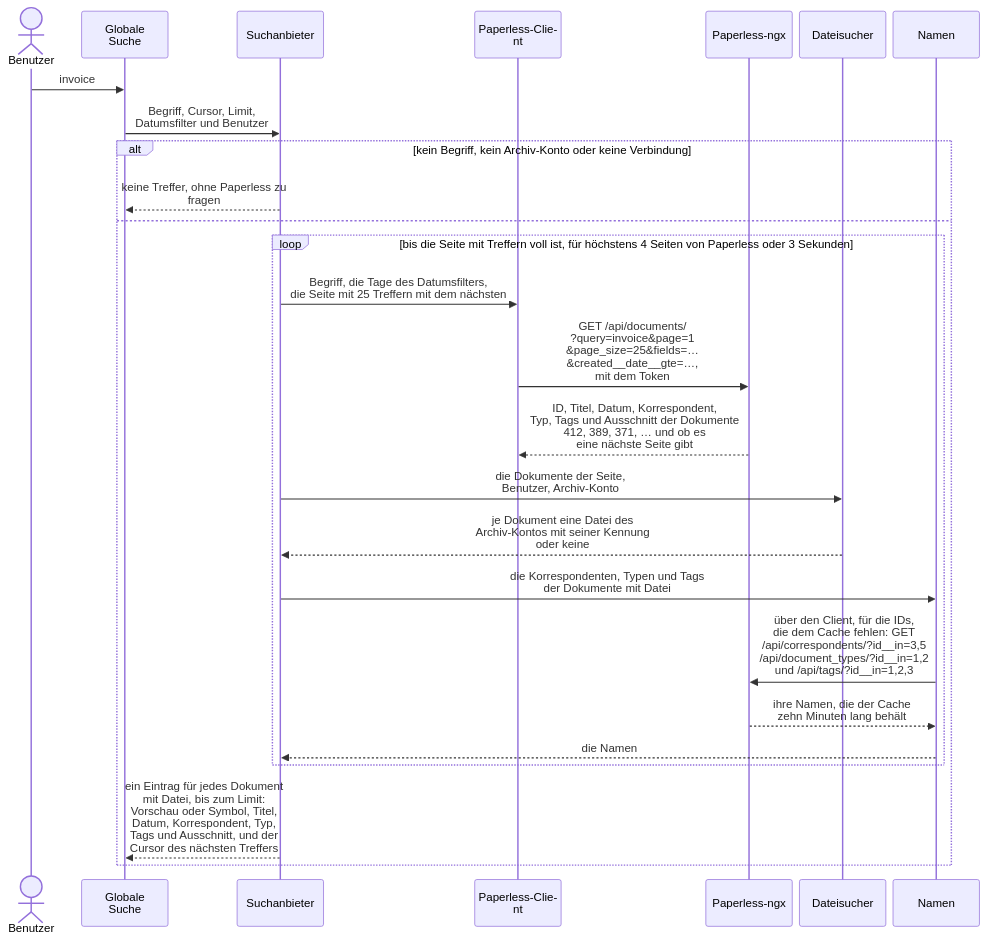
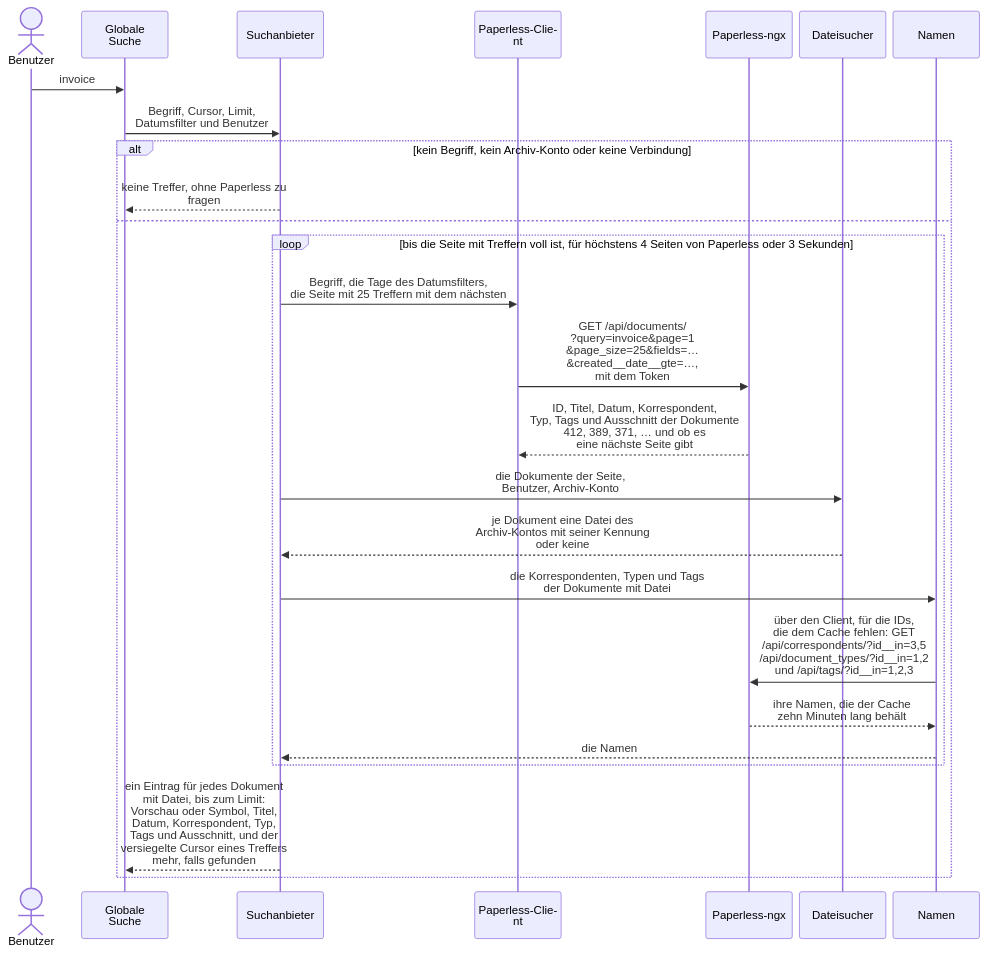
One commit to Dennis-Otto/paperless-unified-search changed the diagram in docs/diagrams/the-data-flow-of-a-search.de.mmd. Above: the diagram before and after it, drawn with Mermaid. The commit also changed 28 other files, not shown here.

First line of the commit message:
fix(search): page on only to a result that the user may open, with a sealed cursor (#420)

```diff
--- a/docs/diagrams/the-data-flow-of-a-search.de.mmd
+++ b/docs/diagrams/the-data-flow-of-a-search.de.mmd
@@ -1,36 +1,36 @@
 ---
 config:
   sequence:
     wrap: true
     width: 120
     actorMargin: 10
 ---
 sequenceDiagram
     accTitle: Der Datenfluss einer Suche
-    accDescr: Ein Benutzer sucht nach invoice. Die globale Suche gibt den Begriff, den Cursor, das Limit, den Datumsfilter und den Benutzer an den Suchanbieter. Ohne Begriff, Archiv-Konto oder Verbindung antwortet der Anbieter ohne Treffer und fragt Paperless nicht. Sonst fragt der Paperless-Client, bis die Seite mit Treffern voll ist, Paperless-ngx mit dem Token nach der Seite mit 25 Treffern, die den nächsten Treffer enthält, innerhalb der Tage des Datumsfilters und nur nach den Feldern, die ein Treffer zeigt, und Paperless antwortet mit der ID, dem Titel, dem Datum, den IDs des Korrespondenten, des Typs und der Tags und dem Ausschnitt der Dokumente 412, 389, 371 und weiterer und damit, ob es eine nächste Seite gibt. Ein Aufruf des Dateisuchers deckt alle Dokumente dieser Seite ab und liefert für jedes eine Datei des Archiv-Kontos mit seiner Kennung oder keine. Für die Dokumente mit Datei fragen die Namen Paperless über den Client nach den Korrespondenten, den Typen und den Tags, die der Cache nicht enthält, mit einer Anfrage je Art, und behalten ihre Namen zehn Minuten lang. Das wiederholt sich für höchstens 4 Seiten von Paperless oder 3 Sekunden. Der Anbieter antwortet mit einem Eintrag für jedes Dokument mit Datei, bis zum Limit, mit der Vorschau der Datei oder dem Symbol ihres Typs, dem Titel, dem Datum in der Sprache des Benutzers, dem Korrespondenten, dem Typ und dem Ausschnitt, und mit dem Cursor des ersten Treffers, den er nicht durchgegangen ist.
+    accDescr: Ein Benutzer sucht nach invoice. Die globale Suche gibt den Begriff, den Cursor, das Limit, den Datumsfilter und den Benutzer an den Suchanbieter. Ohne Begriff, Archiv-Konto oder Verbindung antwortet der Anbieter ohne Treffer und fragt Paperless nicht. Sonst fragt der Paperless-Client, bis die Seite mit Treffern voll ist, Paperless-ngx mit dem Token nach der Seite mit 25 Treffern, die den nächsten Treffer enthält, innerhalb der Tage des Datumsfilters und nur nach den Feldern, die ein Treffer zeigt, und Paperless antwortet mit der ID, dem Titel, dem Datum, den IDs des Korrespondenten, des Typs und der Tags und dem Ausschnitt der Dokumente 412, 389, 371 und weiterer und damit, ob es eine nächste Seite gibt. Ein Aufruf des Dateisuchers deckt alle Dokumente dieser Seite ab und liefert für jedes eine Datei des Archiv-Kontos mit seiner Kennung oder keine. Für die Dokumente mit Datei fragen die Namen Paperless über den Client nach den Korrespondenten, den Typen und den Tags, die der Cache nicht enthält, mit einer Anfrage je Art, und behalten ihre Namen zehn Minuten lang. Das wiederholt sich für höchstens 4 Seiten von Paperless oder 3 Sekunden. Der Anbieter antwortet mit einem Eintrag für jedes Dokument mit Datei, bis zum Limit, mit der Vorschau der Datei oder dem Symbol ihres Typs, dem Titel, dem Datum in der Sprache des Benutzers, dem Korrespondenten, dem Typ und dem Ausschnitt, und, wenn er einen Treffer mehr gefunden hat, als die Seite fasst, mit dem versiegelten Cursor dieses Treffers, den er für die nächste Seite lässt.
 
     actor User as Benutzer
     participant Search as Globale Suche
     participant Provider as Suchanbieter
     participant Client as Paperless-Client
     participant Paperless as Paperless-ngx
     participant Locator as Dateisucher
     participant Names as Namen
     User->>Search: invoice
     Search->>Provider: Begriff, Cursor, Limit,<br>Datumsfilter und Benutzer
     alt kein Begriff, kein Archiv-Konto oder keine Verbindung
         Provider-->>Search: keine Treffer, ohne Paperless zu fragen
     else
         loop bis die Seite mit Treffern voll ist, für höchstens 4 Seiten von Paperless oder 3 Sekunden
             Provider->>Client: Begriff, die Tage des Datumsfilters,<br>die Seite mit 25 Treffern mit dem nächsten
             Client->>Paperless: GET /api/documents/<br>?query=invoice&page=1<br>&page_size=25&fields=…<br>&created__date__gte=…,<br>mit dem Token
             Paperless-->>Client: ID, Titel, Datum, Korrespondent,<br>Typ, Tags und Ausschnitt der Dokumente<br>412, 389, 371, … und ob es<br>eine nächste Seite gibt
             Provider->>Locator: die Dokumente der Seite,<br>Benutzer, Archiv-Konto
             Locator-->>Provider: je Dokument eine Datei des<br>Archiv-Kontos mit seiner Kennung<br>oder keine
             Provider->>Names: die Korrespondenten, Typen und Tags<br>der Dokumente mit Datei
             Names->>Paperless: über den Client, für die IDs,<br>die dem Cache fehlen: GET<br>/api/correspondents/?id__in=3,5<br>/api/document_types/?id__in=1,2<br>und /api/tags/?id__in=1,2,3
             Paperless-->>Names: ihre Namen, die der Cache<br>zehn Minuten lang behält
             Names-->>Provider: die Namen
         end
-        Provider-->>Search: ein Eintrag für jedes Dokument mit Datei, bis zum Limit: Vorschau oder Symbol, Titel, Datum, Korrespondent, Typ, Tags und Ausschnitt, und der Cursor des nächsten Treffers
+        Provider-->>Search: ein Eintrag für jedes Dokument mit Datei, bis zum Limit: Vorschau oder Symbol, Titel, Datum, Korrespondent, Typ, Tags und Ausschnitt, und der versiegelte Cursor eines Treffers mehr, falls gefunden
     end
```
